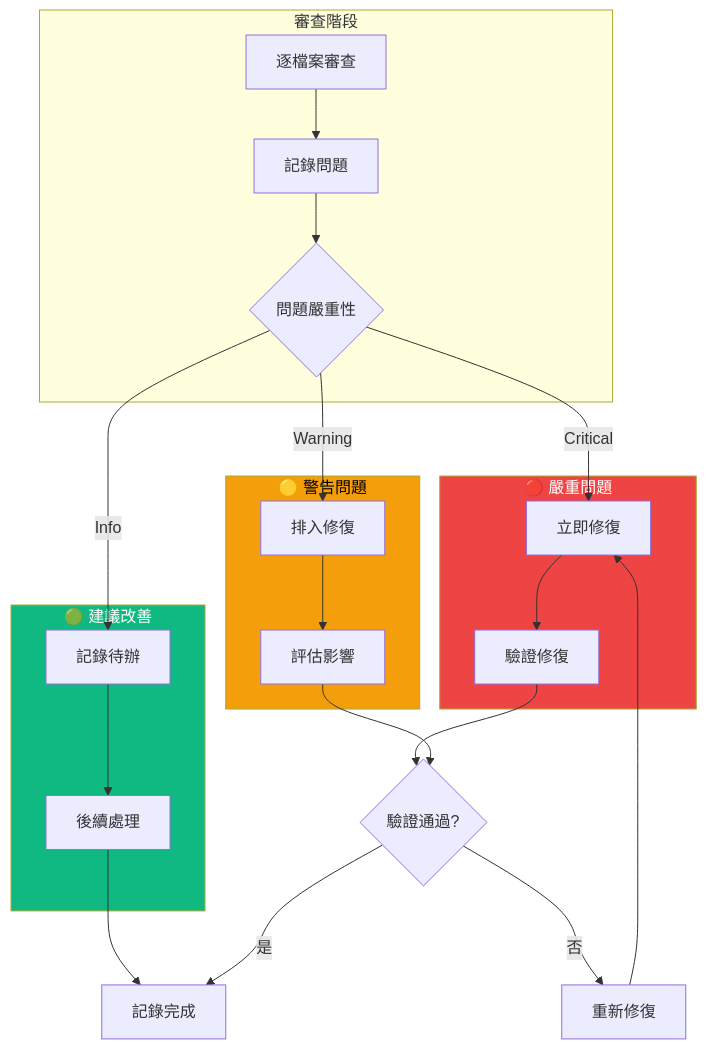
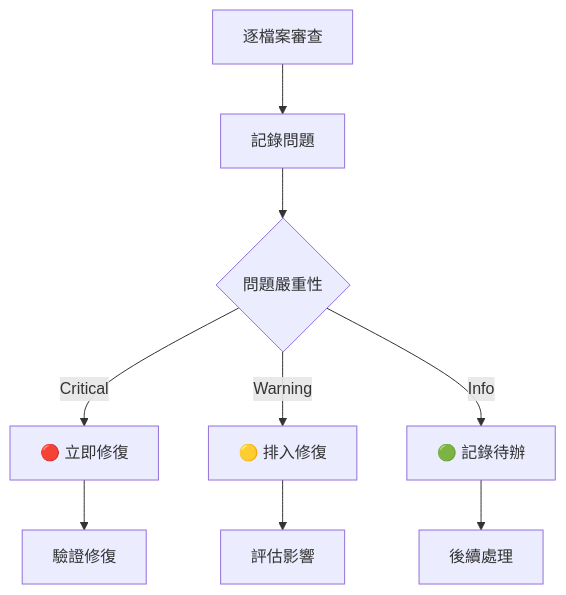
Before and after one commit to YuHaoLiaoSideProject/flight-radar: the third of 7 diagrams in docs/code-review-flow.md, drawn with Mermaid. The commit also changed other lines of this file and 4 other files, not shown here.

Commit message:
docs: split Mermaid diagrams into smaller, more readable charts

````diff
--- a/docs/code-review-flow.md
+++ b/docs/code-review-flow.md
@@ -99,46 +74,11 @@
 ```mermaid
 flowchart TD
-    subgraph Review["審查階段"]
-        R1["逐檔案審查"]
-        R2["記錄問題"]
-        R3{"問題嚴重性"}
-    end
-
-    subgraph Critical["🔴 嚴重問題"]
-        C1["立即修復"]
-        C2["驗證修復"]
-    end
-
-    subgraph Warning["🟡 警告問題"]
-        W1["排入修復"]
-        W2["評估影響"]
-    end
-
-    subgraph Info["🟢 建議改善"]
-        I1["記錄待辦"]
-        I2["後續處理"]
-    end
-
-    R1 --> R2
-    R2 --> R3
-
-    R3 -->|"Critical"| C1
-    R3 -->|"Warning"| W1
-    R3 -->|"Info"| I1
-
-    C1 --> C2
-    W1 --> W2
-    I1 --> I2
-
-    C2 --> VERIFY{"驗證通過?"}
-    W2 --> VERIFY
-    I2 --> DONE["記錄完成"]
-
-    VERIFY -->|"是"| DONE
-    VERIFY -->|"否"| FIX["重新修復"]
-    FIX --> C1
-
-    style Critical fill:#EF4444,color:#fff
-    style Warning fill:#F59E0B,color:#000
-    style Info fill:#10B981,color:#fff
+    R1["逐檔案審查"] --> R2["記錄問題"]
+    R2 --> R3{"問題嚴重性"}
+    R3 -->|Critical| C1["🔴 立即修復"]
+    R3 -->|Warning| W1["🟡 排入修復"]
+    R3 -->|Info| I1["🟢 記錄待辦"]
+    C1 --> C2["驗證修復"]
+    W1 --> W2["評估影響"]
+    I1 --> I2["後續處理"]
 ```
````
